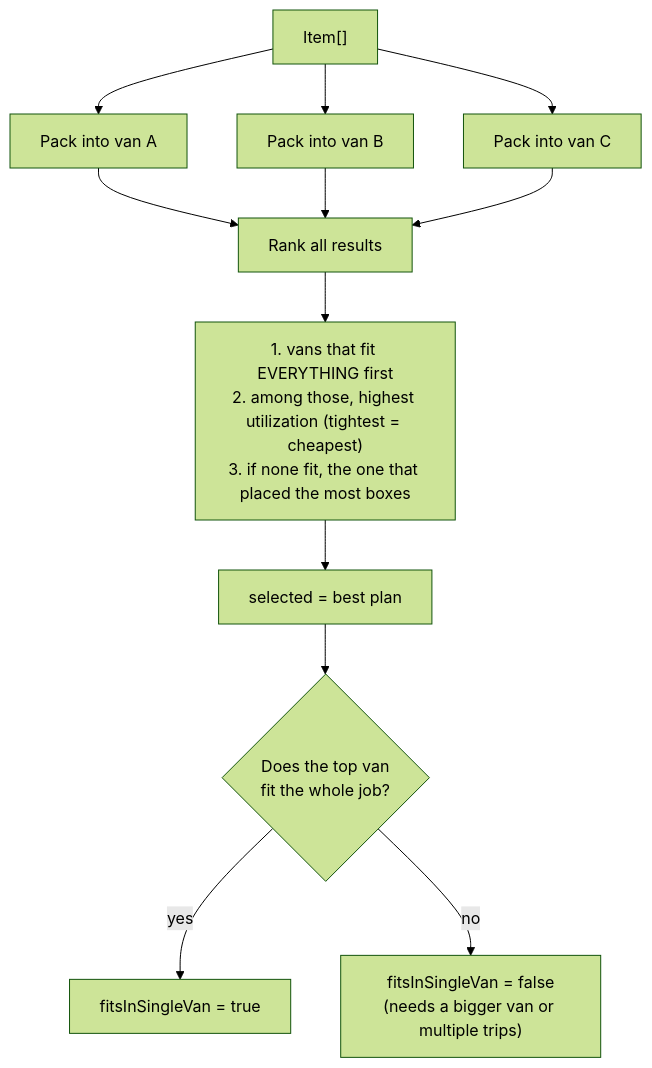
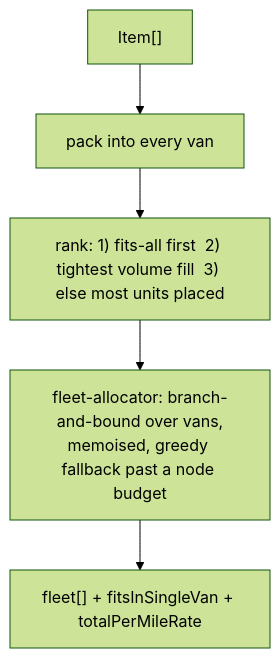
The fourth of 4 diagrams in shafs/docs/stage3-explained.md (theShafCodes/logiVShaf), drawn with Mermaid (forest theme) before and after one commit. The commit also changed other lines of this file and 60 other files, not shown here.

````diff
--- a/shafs/docs/stage3-explained.md
+++ b/shafs/docs/stage3-explained.md
@@ -275,14 +226,7 @@
 ```mermaid
 flowchart TD
-    ITEMS["Item[]"] --> A["Pack into van A"]
-    ITEMS --> B["Pack into van B"]
-    ITEMS --> C["Pack into van C"]
-    A --> R["Rank all results"]
-    B --> R
-    C --> R
-    R --> RULE["1. vans that fit EVERYTHING first<br/>2. among those, highest utilization (tightest = cheapest)<br/>3. if none fit, the one that placed the most boxes"]
-    RULE --> SEL["selected = best plan"]
-    SEL --> SIG{"Does the top van<br/>fit the whole job?"}
-    SIG -- "yes" --> OK["fitsInSingleVan = true"]
-    SIG -- "no" --> NO["fitsInSingleVan = false<br/>(needs a bigger van or multiple trips)"]
+    ITEMS["Item[]"] --> P["pack into every van"]
+    P --> R["rank: 1) fits-all first  2) tightest volume fill  3) else most units placed"]
+    R --> ALLOC["fleet-allocator: branch-and-bound over vans,<br/>memoised, greedy fallback past a node budget"]
+    ALLOC --> OUT["fleet[] + fitsInSingleVan + totalPerMileRate"]
 ```
````
